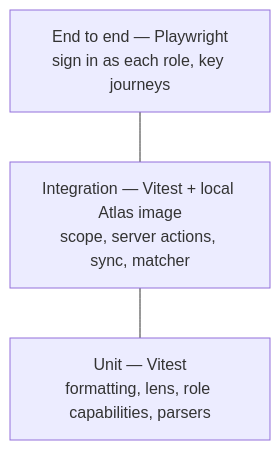
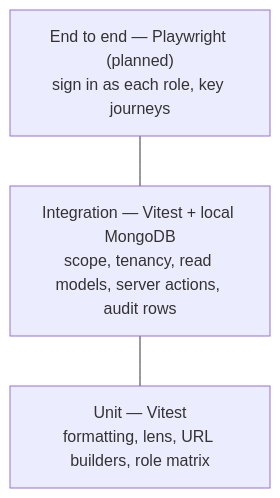
Before and after one commit to sonishivam1/ambient-crm: the diagram in docs/engineering/testing.md, drawn with Mermaid. The commit also changed other lines of this file and 24 other files, not shown here.

First line of the commit message:
test: add unit and integration tests for the features built so far

````diff
--- a/docs/engineering/testing.md
+++ b/docs/engineering/testing.md
@@ -9,7 +16,7 @@
 ```mermaid
 flowchart TB
-  e2e["End to end — Playwright<br/>sign in as each role, key journeys"]
-  int["Integration — Vitest + local Atlas image<br/>scope, server actions, sync, matcher"]
-  unit["Unit — Vitest<br/>formatting, lens, role capabilities, parsers"]
+  e2e["End to end — Playwright (planned)<br/>sign in as each role, key journeys"]
+  int["Integration — Vitest + local MongoDB<br/>scope, tenancy, read models, server actions, audit rows"]
+  unit["Unit — Vitest<br/>formatting, lens, URL builders, role matrix"]
   e2e --- int --- unit
 ```
````
